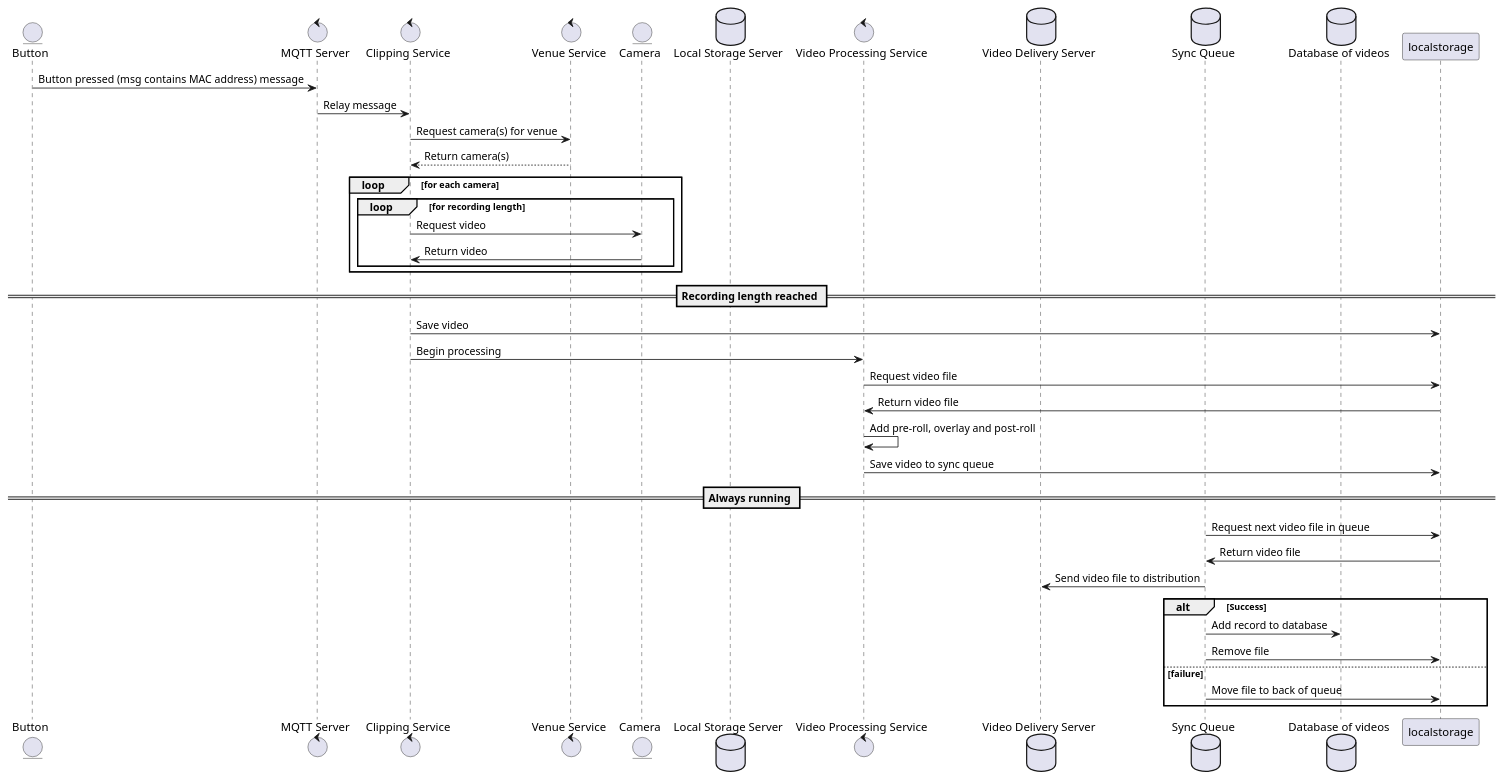
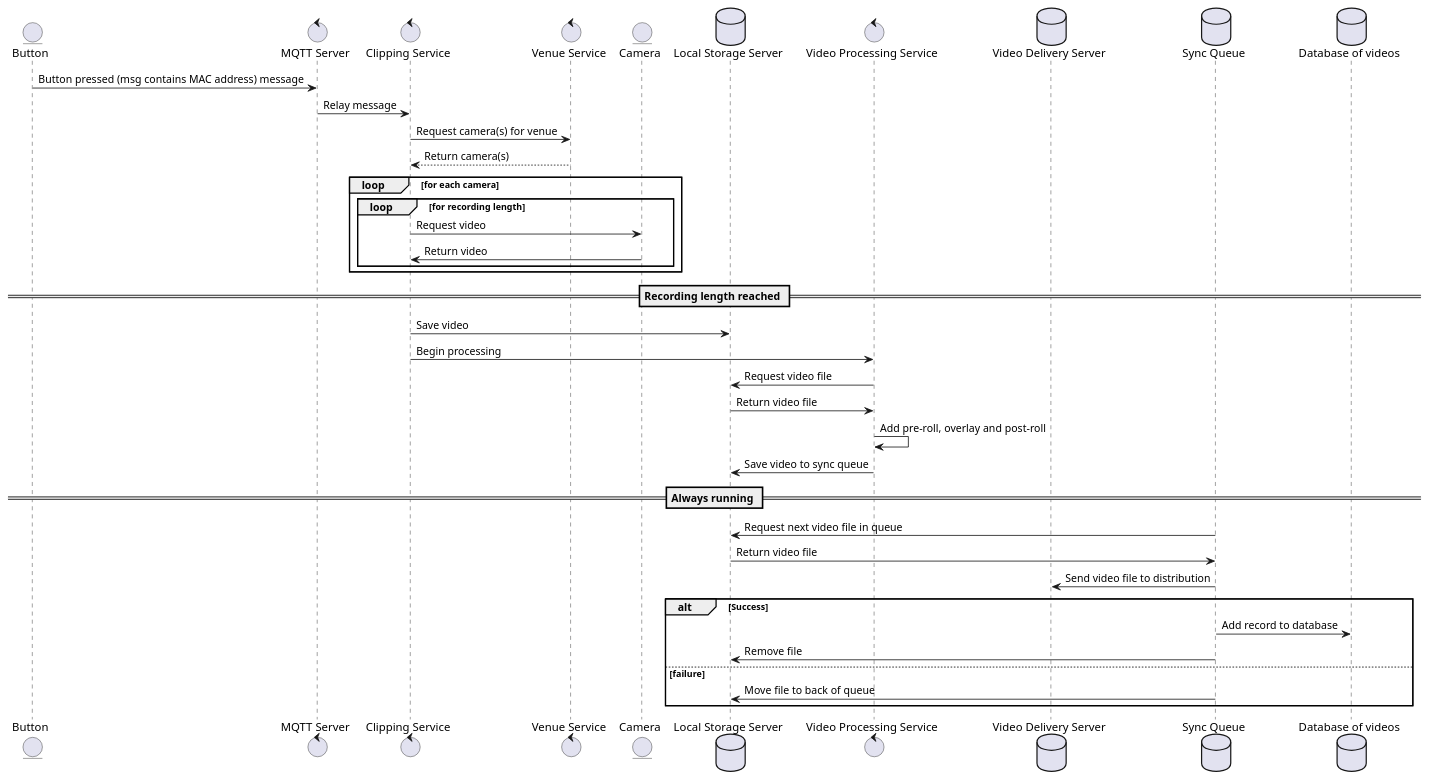
Before and after one commit to shaworth/planter: the diagram in overview.puml, drawn with PlantUML.

```diff
--- a/overview.puml
+++ b/overview.puml
@@ -1,45 +1,45 @@
 @startuml
 
 entity "Button" as button
 control "MQTT Server" as mqtt
 control "Clipping Service" as clipping
 control "Venue Service" as venue
 entity "Camera" as camera
-database "Local Storage Server" as localstore
+database "Local Storage Server" as localstorage
 control "Video Processing Service" as postprocess
 database "Video Delivery Server" as s3
 database "Sync Queue" as sync
 database "Database of videos" as db
 
 button -> mqtt : Button pressed (msg contains MAC address) message
 mqtt -> clipping : Relay message
 clipping -> venue : Request camera(s) for venue
 venue --> clipping : Return camera(s)
 loop for each camera
     loop for recording length
         clipping -> camera: Request video
         camera -> clipping: Return video
     end
 end
 
 == Recording length reached ==
 
 clipping -> localstorage: Save video
 clipping -> postprocess: Begin processing
 postprocess -> localstorage: Request video file
 postprocess <- localstorage: Return video file
 postprocess -> postprocess: Add pre-roll, overlay and post-roll
 postprocess -> localstorage: Save video to sync queue
 
 == Always running ==
 sync -> localstorage: Request next video file in queue
 localstorage -> sync: Return video file
 sync -> s3: Send video file to distribution
 alt Success
     sync -> db: Add record to database
     sync -> localstorage: Remove file
 else failure
     sync -> localstorage: Move file to back of queue
 end
 
 @enduml
```
